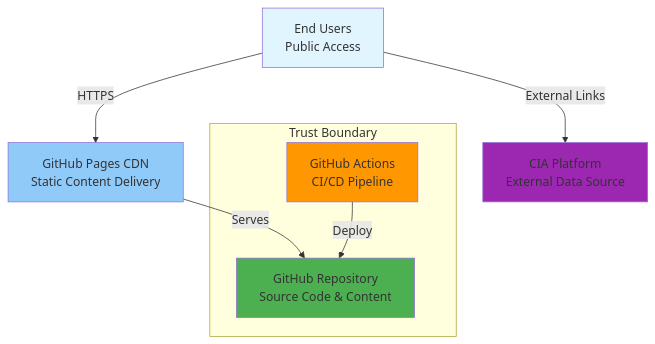
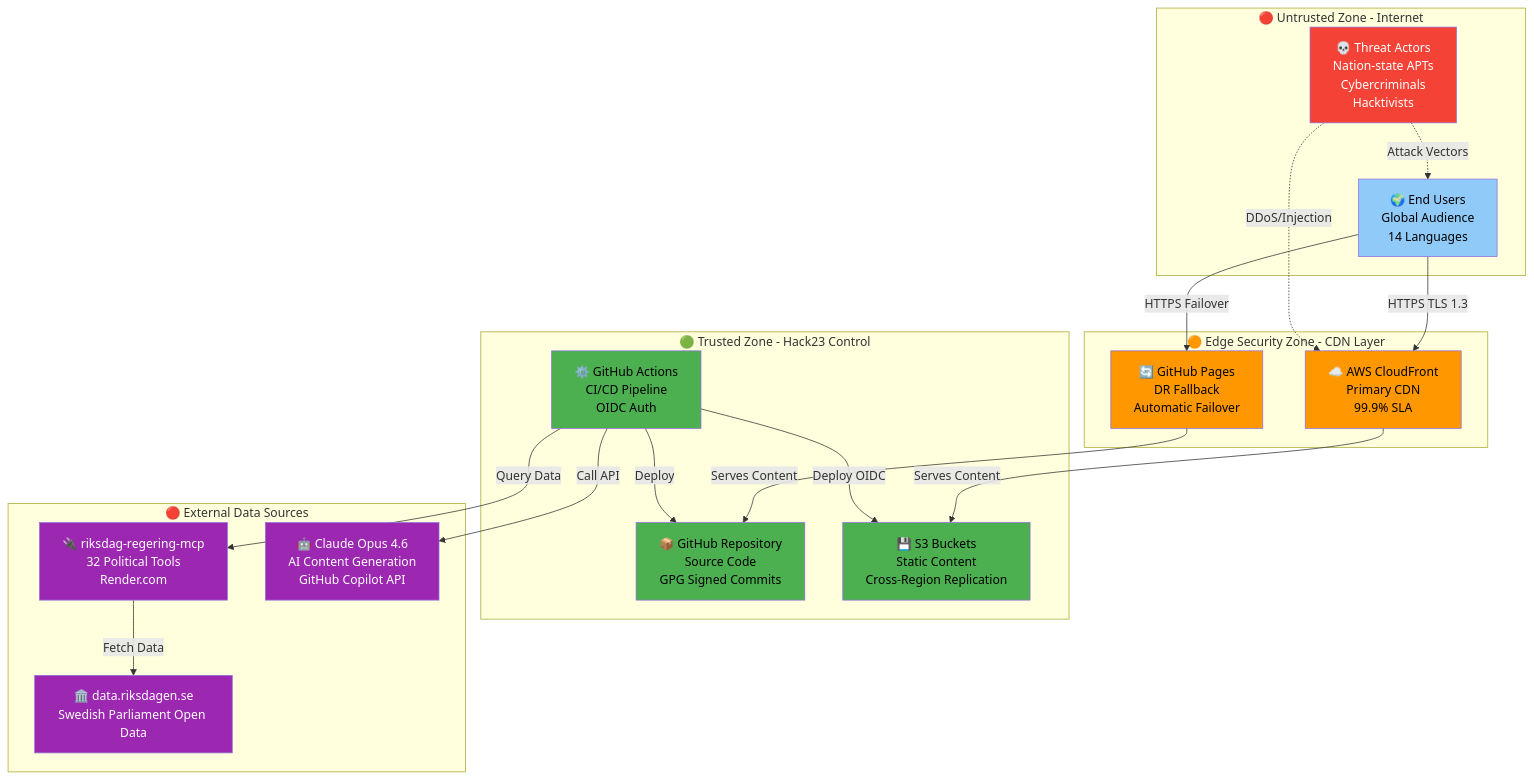
Before and after one commit to Hack23/riksdagsmonitor: the first of 9 diagrams in THREAT_MODEL.md, drawn with Mermaid. The commit also changed other lines of this file, not shown here.

First line of the commit message:
feat(security): Complete THREAT_MODEL.md v2.0 rewrite per Hack23 thematic structure

````diff
--- a/THREAT_MODEL.md
+++ b/THREAT_MODEL.md
@@ -138,24 +214,50 @@
 ```mermaid
 graph TB
-    User[End Users<br/>Public Access]
-    CDN[GitHub Pages CDN<br/>Static Content Delivery]
-    Repo[GitHub Repository<br/>Source Code & Content]
-    Actions[GitHub Actions<br/>CI/CD Pipeline]
-    CIA[CIA Platform<br/>External Data Source]
-    
-    User -->|HTTPS| CDN
-    CDN -->|Serves| Repo
-    Actions -->|Deploy| Repo
-    User -->|External Links| CIA
-    
-    subgraph "Trust Boundary"
-        Repo
-        Actions
+    subgraph External["🔴 Untrusted Zone - Internet"]
+        User[🌍 End Users<br/>Global Audience<br/>14 Languages]
+        Attacker[💀 Threat Actors<br/>Nation-state APTs<br/>Cybercriminals<br/>Hacktivists]
     end
     
-    style User fill:#e1f5ff
-    style CDN fill:#90caf9
-    style Repo fill:#4caf50
-    style Actions fill:#ff9800
-    style CIA fill:#9c27b0
+    subgraph Edge["🟠 Edge Security Zone - CDN Layer"]
+        CloudFront[☁️ AWS CloudFront<br/>Primary CDN<br/>99.9% SLA]
+        GitHubPages[🔄 GitHub Pages<br/>DR Fallback<br/>Automatic Failover]
+    end
+    
+    subgraph Internal["🟢 Trusted Zone - Hack23 Control"]
+        Repo[📦 GitHub Repository<br/>Source Code<br/>GPG Signed Commits]
+        Actions[⚙️ GitHub Actions<br/>CI/CD Pipeline<br/>OIDC Auth]
+        S3[💾 S3 Buckets<br/>Static Content<br/>Cross-Region Replication]
+    end
+    
+    subgraph External2["🔴 External Data Sources"]
+        MCP[🔌 riksdag-regering-mcp<br/>32 Political Tools<br/>Render.com]
+        Claude[🤖 Claude Opus 4.6<br/>AI Content Generation<br/>GitHub Copilot API]
+        RiksdagAPI[🏛️ data.riksdagen.se<br/>Swedish Parliament Open Data]
+    end
+    
+    User -->|HTTPS TLS 1.3| CloudFront
+    User -->|HTTPS Failover| GitHubPages
+    Attacker -.->|Attack Vectors| User
+    Attacker -.->|DDoS/Injection| CloudFront
+    
+    CloudFront -->|Serves Content| S3
+    GitHubPages -->|Serves Content| Repo
+    
+    Actions -->|Deploy OIDC| S3
+    Actions -->|Deploy| Repo
+    Actions -->|Call API| Claude
+    Actions -->|Query Data| MCP
+    
+    MCP -->|Fetch Data| RiksdagAPI
+    
+    style User fill:#90caf9,color:#000
+    style Attacker fill:#f44336,color:#fff
+    style CloudFront fill:#ff9800,color:#000
+    style GitHubPages fill:#ff9800,color:#000
+    style Repo fill:#4caf50,color:#000
+    style Actions fill:#4caf50,color:#000
+    style S3 fill:#4caf50,color:#000
+    style MCP fill:#9c27b0,color:#fff
+    style Claude fill:#9c27b0,color:#fff
+    style RiksdagAPI fill:#9c27b0,color:#fff
 ```
````
